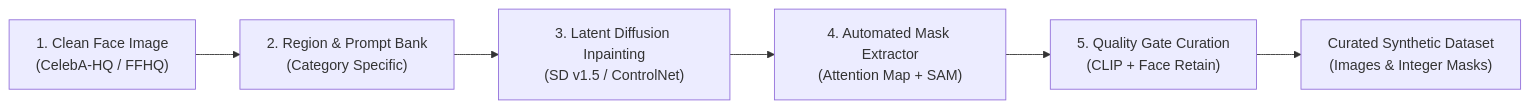
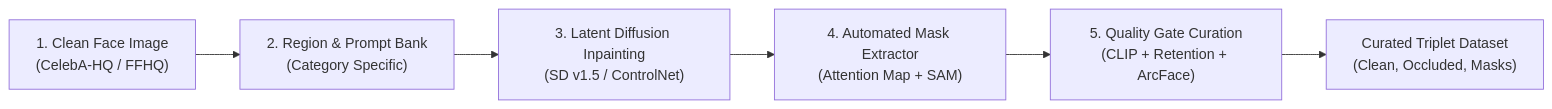
Before and after one commit to bush-le/uth-cv-coursework: the diagram in docs/phases/PHASE_01_DIFFUSION_SYNTHESIS_SPEC.md, drawn with Mermaid. The commit also changed other lines of this file and 12 other files, not shown here.

````diff
--- a/docs/phases/PHASE_01_DIFFUSION_SYNTHESIS_SPEC.md
+++ b/docs/phases/PHASE_01_DIFFUSION_SYNTHESIS_SPEC.md
@@ -17,8 +17,8 @@
 ```mermaid
 flowchart LR
     A["1. Clean Face Image<br/>(CelebA-HQ / FFHQ)"] --> B["2. Region & Prompt Bank<br/>(Category Specific)"]
     B --> C["3. Latent Diffusion Inpainting<br/>(SD v1.5 / ControlNet)"]
     C --> D["4. Automated Mask Extractor<br/>(Attention Map + SAM)"]
-    D --> E["5. Quality Gate Curation<br/>(CLIP + Face Retain)"]
-    E --> F["Curated Synthetic Dataset<br/>(Images & Integer Masks)"]
+    D --> E["5. Quality Gate Curation<br/>(CLIP + Retention + ArcFace)"]
+    E --> F["Curated Triplet Dataset<br/>(Clean, Occluded, Masks)"]
 ```
````
